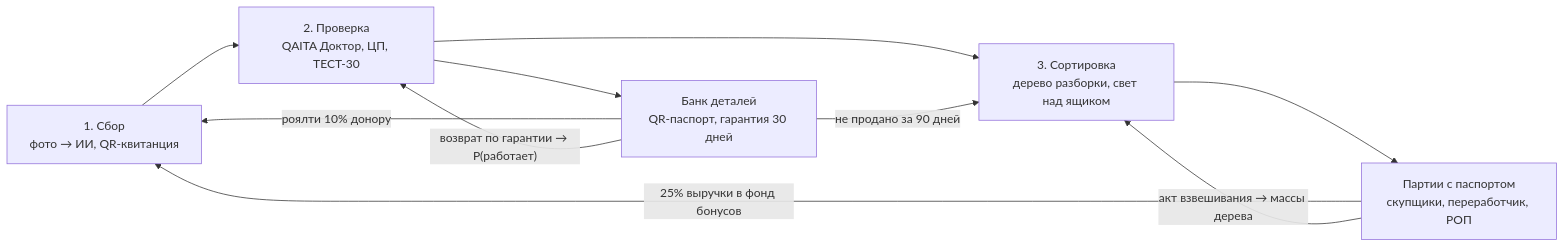
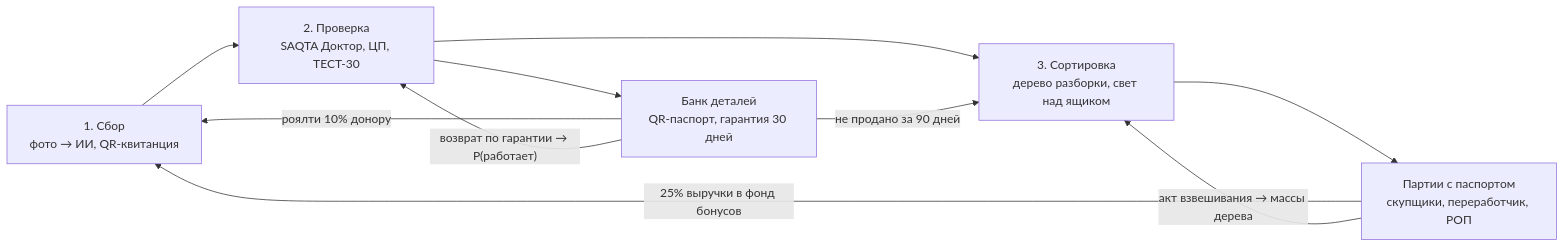
One commit to smqlr/SAQTA changed the diagram in README.md. Above: the diagram before and after it, drawn with Mermaid. The commit also changed other lines of this file and 54 other files, not shown here.

First line of the commit message:
Переименование QAITA → SAQTA

````diff
--- a/README.md
+++ b/README.md
@@ -19,12 +19,12 @@
 ```mermaid
 flowchart LR
-  A["1. Сбор<br/>фото → ИИ, QR-квитанция"] --> B["2. Проверка<br/>QAITA Доктор, ЦП, ТЕСТ-30"]
+  A["1. Сбор<br/>фото → ИИ, QR-квитанция"] --> B["2. Проверка<br/>SAQTA Доктор, ЦП, ТЕСТ-30"]
   B --> E["Банк деталей<br/>QR-паспорт, гарантия 30 дней"]
   B --> C["3. Сортировка<br/>дерево разборки, свет над ящиком"]
   E -- "не продано за 90 дней" --> C
   C --> D["Партии с паспортом<br/>скупщики, переработчик, РОП"]
   D -- "25% выручки в фонд бонусов" --> A
   E -- "роялти 10% донору" --> A
   E -- "возврат по гарантии → P(работает)" --> B
   D -- "акт взвешивания → массы дерева" --> C
 ```
````
